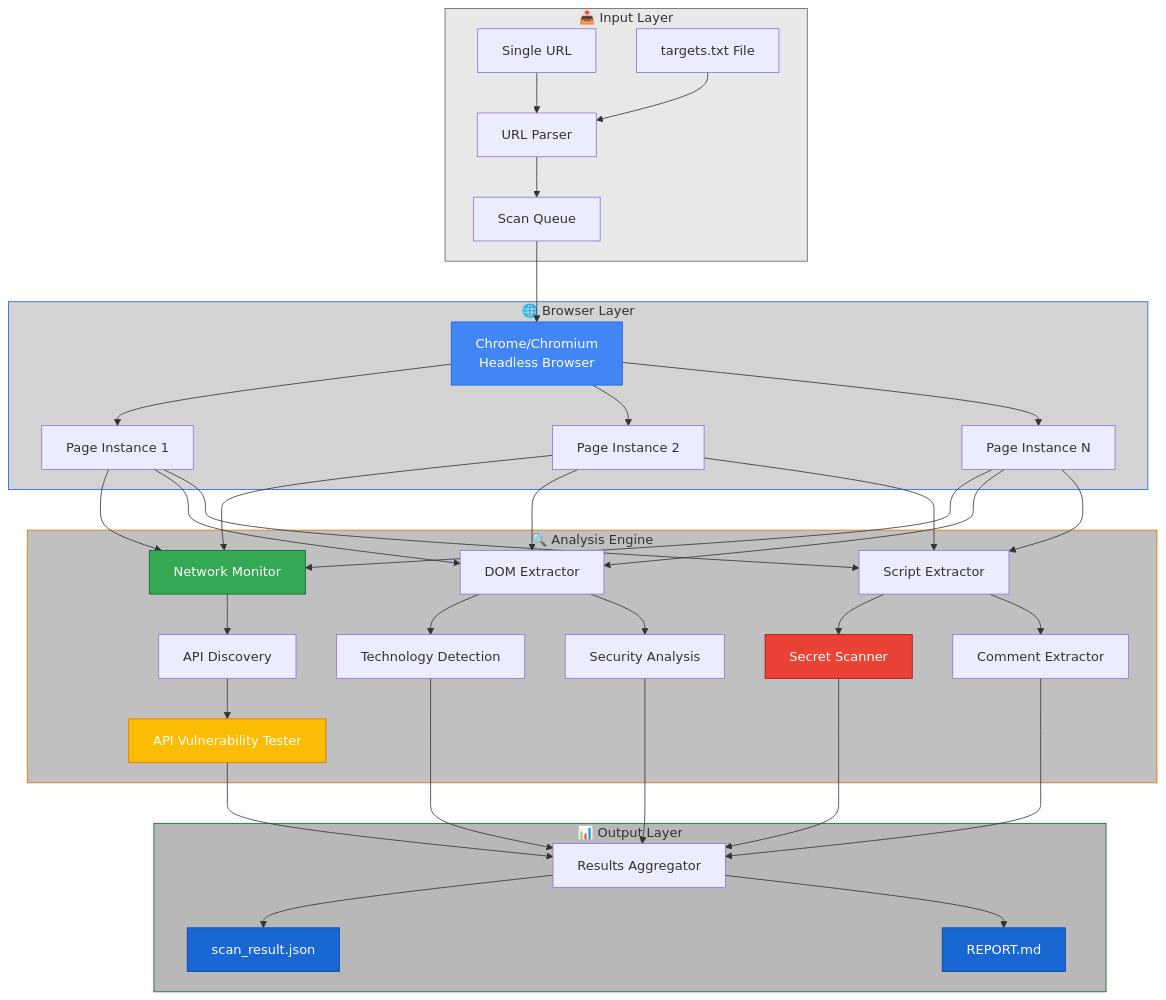
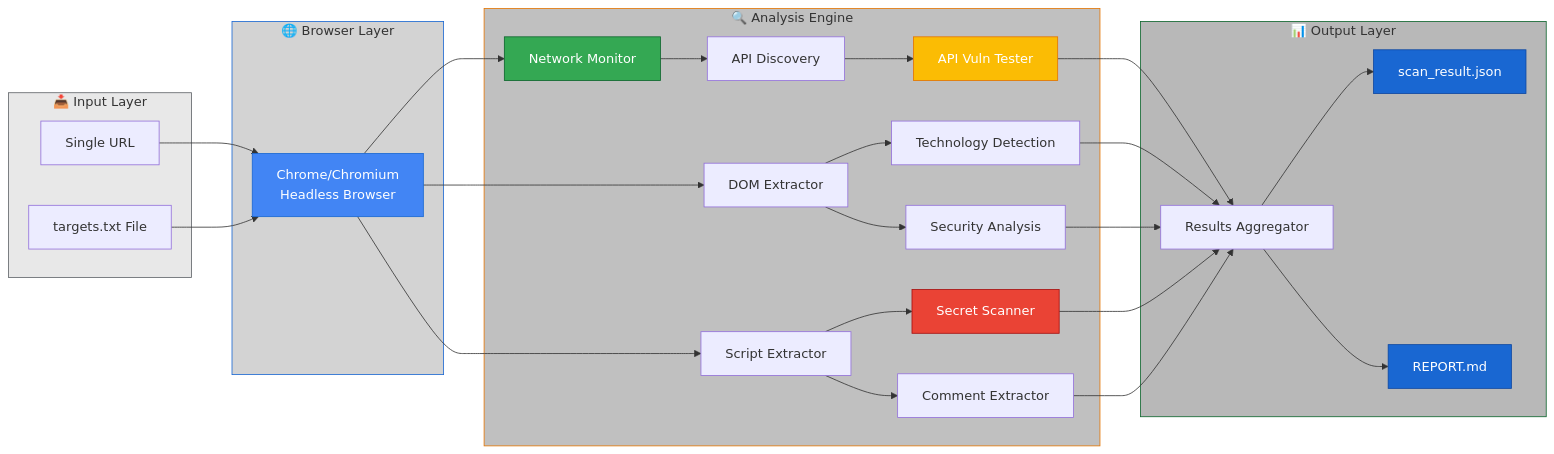
Before and after one commit to ul0gic/corrode: the first of 3 diagrams in README.md, drawn with Mermaid.

Commit message:
docs: simplify architecture diagram by switching to left-right layout and flattening components

````diff
--- a/README.md
+++ b/README.md
@@ -11,48 +11,61 @@
 ```mermaid
-graph TB
+graph LR
     subgraph Input["📥 Input Layer"]
-        A[Single URL] --> Parser[URL Parser]
-        B[targets.txt File] --> Parser
-        Parser --> Queue[Scan Queue]
+        A[Single URL]
+        B[targets.txt File]
     end
 
     subgraph Browser["🌐 Browser Layer"]
-        Queue --> Chrome[Chrome/Chromium<br/>Headless Browser]
-        Chrome --> Page1[Page Instance 1]
-        Chrome --> Page2[Page Instance 2]
-        Chrome --> PageN[Page Instance N]
-        style Chrome fill:#4285F4,stroke:#1967D2,color:#fff
+        C[Chrome/Chromium<br/>Headless Browser]
+        style C fill:#4285F4,stroke:#1967D2,color:#fff
     end
 
     subgraph Analysis["🔍 Analysis Engine"]
-        Page1 & Page2 & PageN --> NetMon[Network Monitor]
-        Page1 & Page2 & PageN --> DOMExt[DOM Extractor]
-        Page1 & Page2 & PageN --> ScriptExt[Script Extractor]
+        D[Network Monitor]
+        E[DOM Extractor]
+        F[Script Extractor]
+        G[API Discovery]
+        H[Secret Scanner]
+        I[Comment Extractor]
+        J[Technology Detection]
+        K[Security Analysis]
+        L[API Vuln Tester]
 
-        NetMon --> APIDisc[API Discovery]
-        ScriptExt --> SecretScan[Secret Scanner]
-        ScriptExt --> CommentExt[Comment Extractor]
-        DOMExt --> TechDet[Technology Detection]
-        DOMExt --> SecScan[Security Analysis]
-
-        APIDisc --> APITest[API Vulnerability Tester]
-
-        style NetMon fill:#34A853,stroke:#0D652D,color:#fff
-        style SecretScan fill:#EA4335,stroke:#A50E0E,color:#fff
-        style APITest fill:#FBBC04,stroke:#E37400,color:#fff
+        style D fill:#34A853,stroke:#0D652D,color:#fff
+        style H fill:#EA4335,stroke:#A50E0E,color:#fff
+        style L fill:#FBBC04,stroke:#E37400,color:#fff
     end
 
     subgraph Output["📊 Output Layer"]
-        SecretScan & APITest & CommentExt & TechDet & SecScan --> Aggregator[Results Aggregator]
-        Aggregator --> JSON[scan_result.json]
-        Aggregator --> MD[REPORT.md]
+        M[Results Aggregator]
+        N[scan_result.json]
+        O[REPORT.md]
 
-        style JSON fill:#1967D2,stroke:#0D47A1,color:#fff
-        style MD fill:#1967D2,stroke:#0D47A1,color:#fff
+        style N fill:#1967D2,stroke:#0D47A1,color:#fff
+        style O fill:#1967D2,stroke:#0D47A1,color:#fff
     end
+
+    A --> C
+    B --> C
+    C --> D
+    C --> E
+    C --> F
+    D --> G
+    F --> H
+    F --> I
+    E --> J
+    E --> K
+    G --> L
+    H --> M
+    L --> M
+    I --> M
+    J --> M
+    K --> M
+    M --> N
+    M --> O
 
     style Input fill:#E8E8E8,stroke:#5F6368
     style Browser fill:#D3D3D3,stroke:#1967D2
     style Analysis fill:#C0C0C0,stroke:#E37400
     style Output fill:#B8B8B8,stroke:#0D652D
 ```
````
